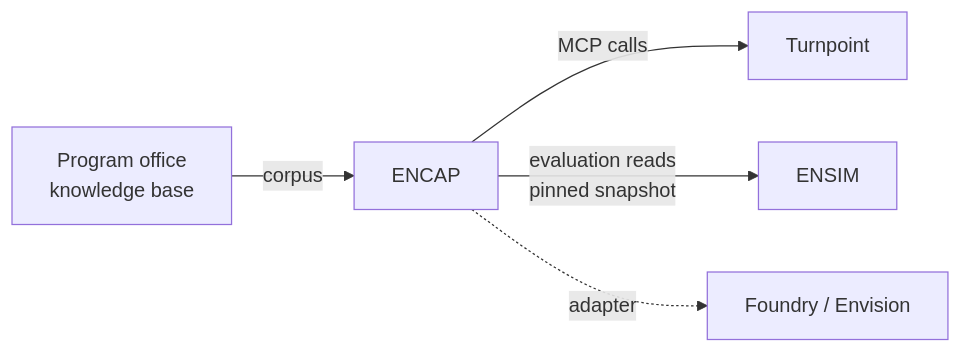
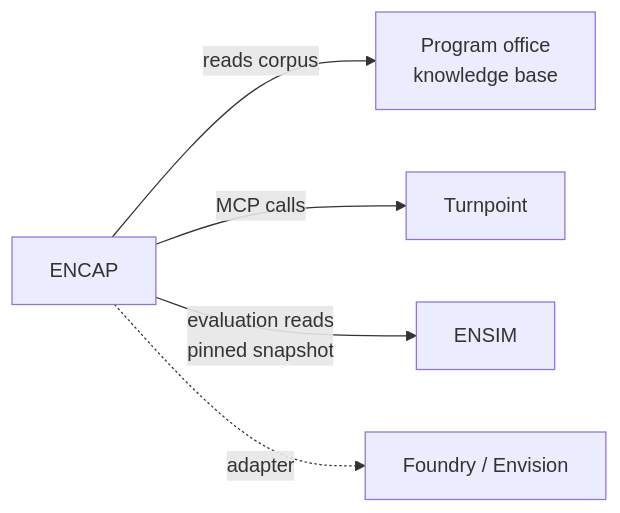
One commit to semanticarchitectures/acquisition-knowledge-system changed the diagram in docs/architecture/reference-architecture.md. Above: the diagram before and after it, drawn with Mermaid. The commit also changed 7 other files, not shown here.

````diff
--- a/docs/architecture/reference-architecture.md
+++ b/docs/architecture/reference-architecture.md
@@ -51,7 +51,7 @@
 ```mermaid
 flowchart LR
-  Corpus[Program office<br/>knowledge base] -->|corpus| ENCAP
+  ENCAP -->|reads corpus| Corpus[Program office<br/>knowledge base]
   ENCAP -->|MCP calls| Turnpoint
   ENCAP -->|evaluation reads<br/>pinned snapshot| ENSIM
   ENCAP -.->|adapter| Enclave[Foundry / Envision]
 ```
````
